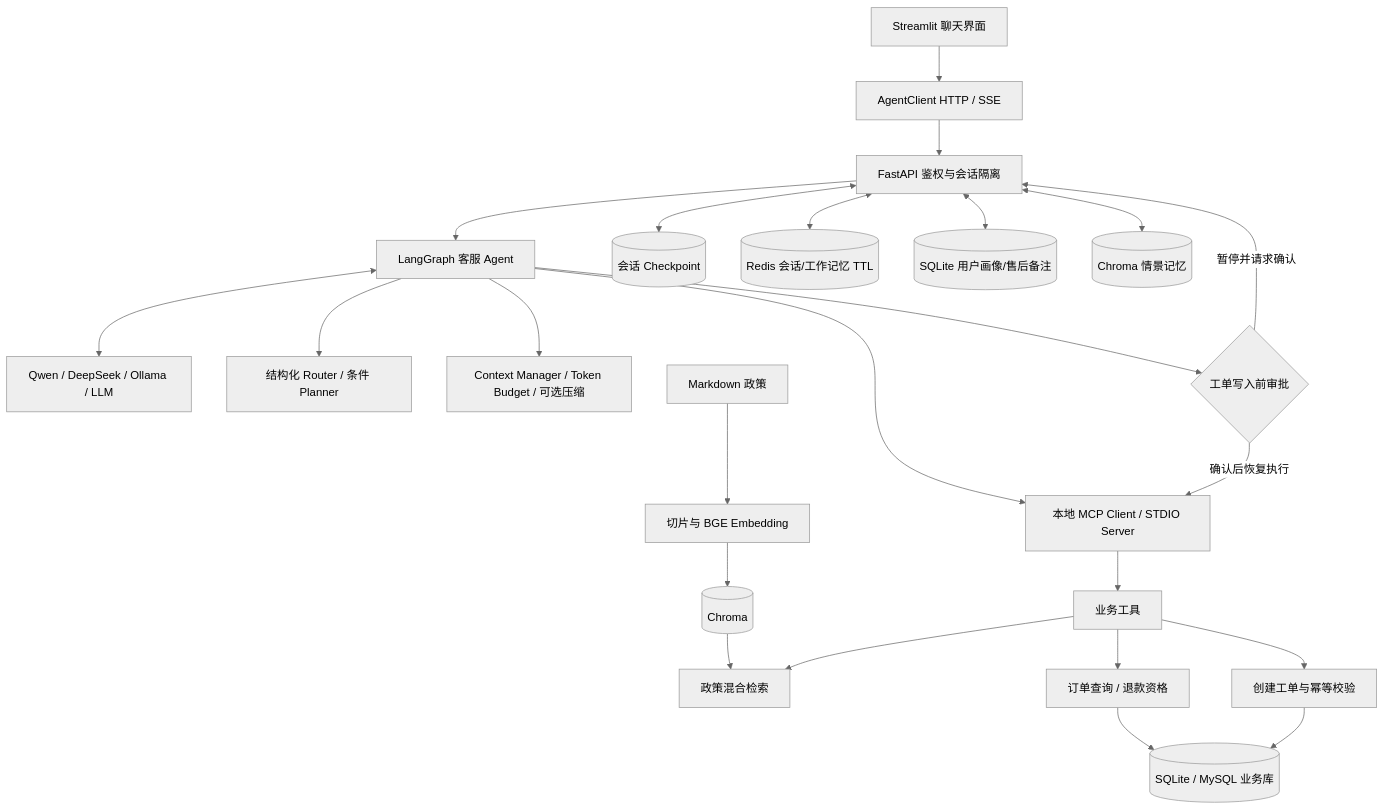
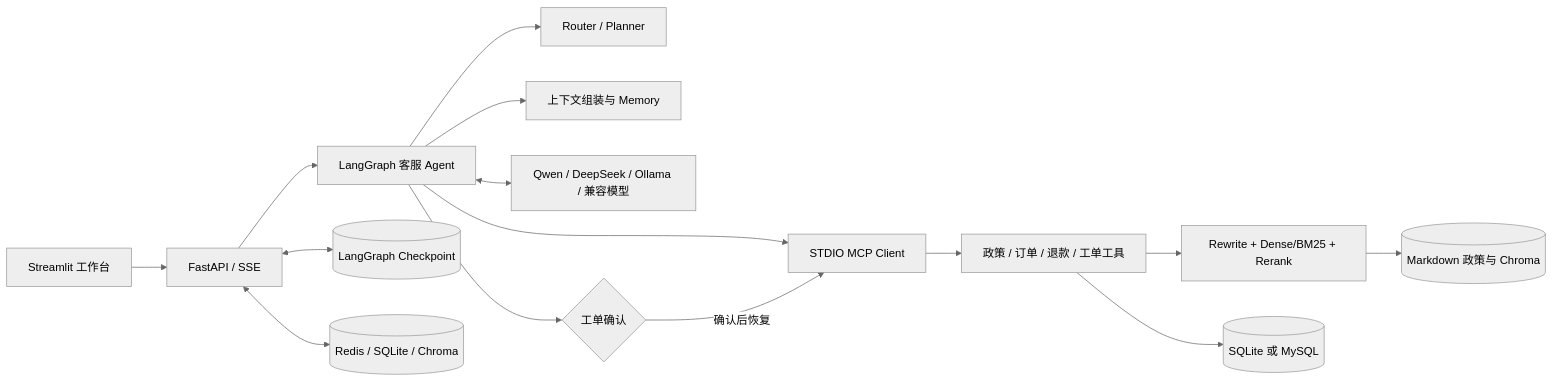
Before and after one commit to Snape001/OrderCare-Agent: the diagram in README.md, drawn with Mermaid (neutral theme). The commit also changed other lines of this file and 106 other files, not shown here.

````diff
--- a/README.md
+++ b/README.md
@@ -80,26 +22,17 @@
 ```mermaid
-flowchart TD
-    UI[Streamlit 聊天界面] --> Client[AgentClient HTTP / SSE]
-    Client --> API[FastAPI 鉴权与会话隔离]
+flowchart LR
+    UI[Streamlit 工作台] --> API[FastAPI / SSE]
     API --> Agent[LangGraph 客服 Agent]
-    API <--> CP[(会话 Checkpoint)]
-    API <--> Redis[(Redis 会话/工作记忆 TTL)]
-    API <--> Profile[(SQLite 用户画像/售后备注)]
-    API <--> Episode[(Chroma 情景记忆)]
-    Agent <--> LLM[Qwen / DeepSeek / Ollama / LLM]
-    Agent --> Router[结构化 Router / 条件 Planner]
-    Agent --> Context[Context Manager / Token Budget / 可选压缩]
-    Agent --> MCP[本地 MCP Client / STDIO Server]
-    MCP --> Tools[业务工具]
-    Tools --> RAG[政策混合检索]
-    Policy[Markdown 政策] --> Index[切片与 BGE Embedding]
-    Index --> Chroma[(Chroma)]
-    Chroma --> RAG
-    Tools --> Read[订单查询 / 退款资格]
-    Read --> DB[(SQLite / MySQL 业务库)]
-    Agent --> Approval{工单写入前审批}
-    Approval -->|暂停并请求确认| API
-    Approval -->|确认后恢复执行| MCP
-    Tools --> Ticket[创建工单与幂等校验]
-    Ticket --> DB
+    Agent --> Router[Router / Planner]
+    Agent --> Context[上下文组装与 Memory]
+    Agent <--> LLM[Qwen / DeepSeek / Ollama / 兼容模型]
+    Agent --> MCP[STDIO MCP Client]
+    MCP --> Tools[政策 / 订单 / 退款 / 工单工具]
+    Tools --> RAG[Rewrite + Dense/BM25 + Rerank]
+    RAG --> Policies[(Markdown 政策与 Chroma)]
+    Tools --> DB[(SQLite 或 MySQL)]
+    Agent --> HITL{工单确认}
+    HITL -->|确认后恢复| MCP
+    API <--> CP[(LangGraph Checkpoint)]
+    API <--> Memory[(Redis / SQLite / Chroma)]
 ```
````
